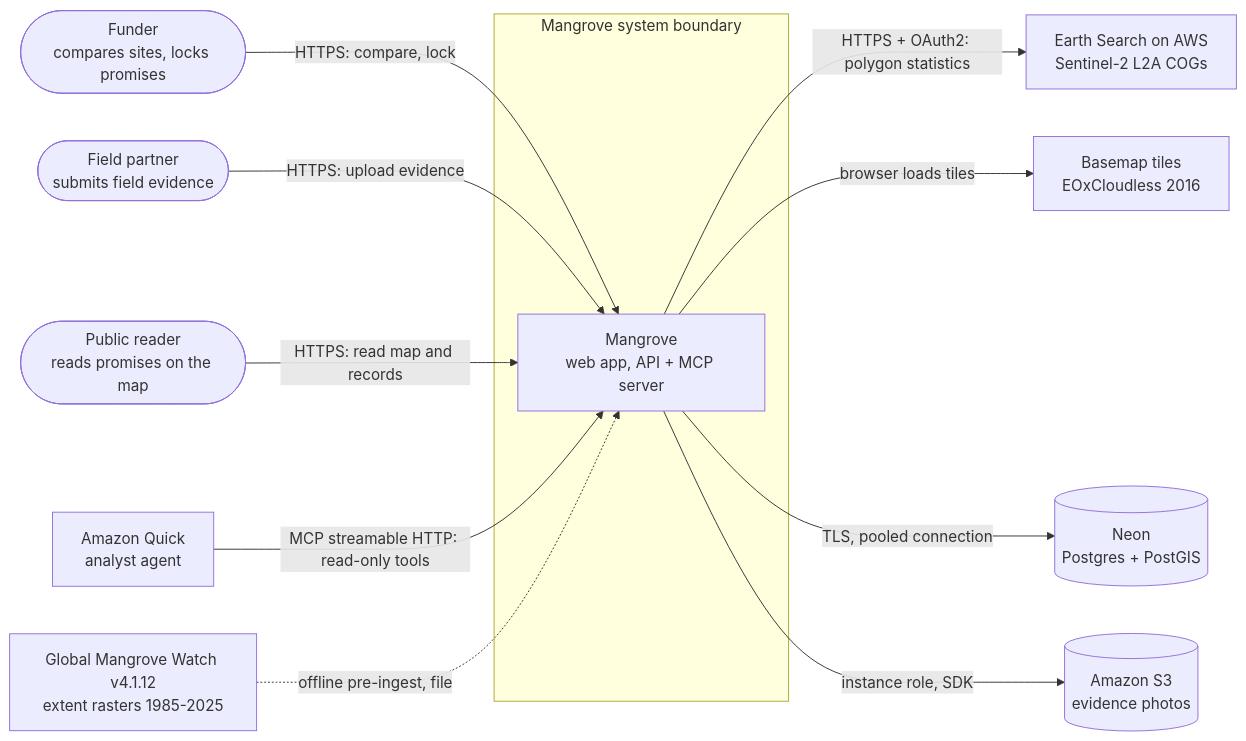
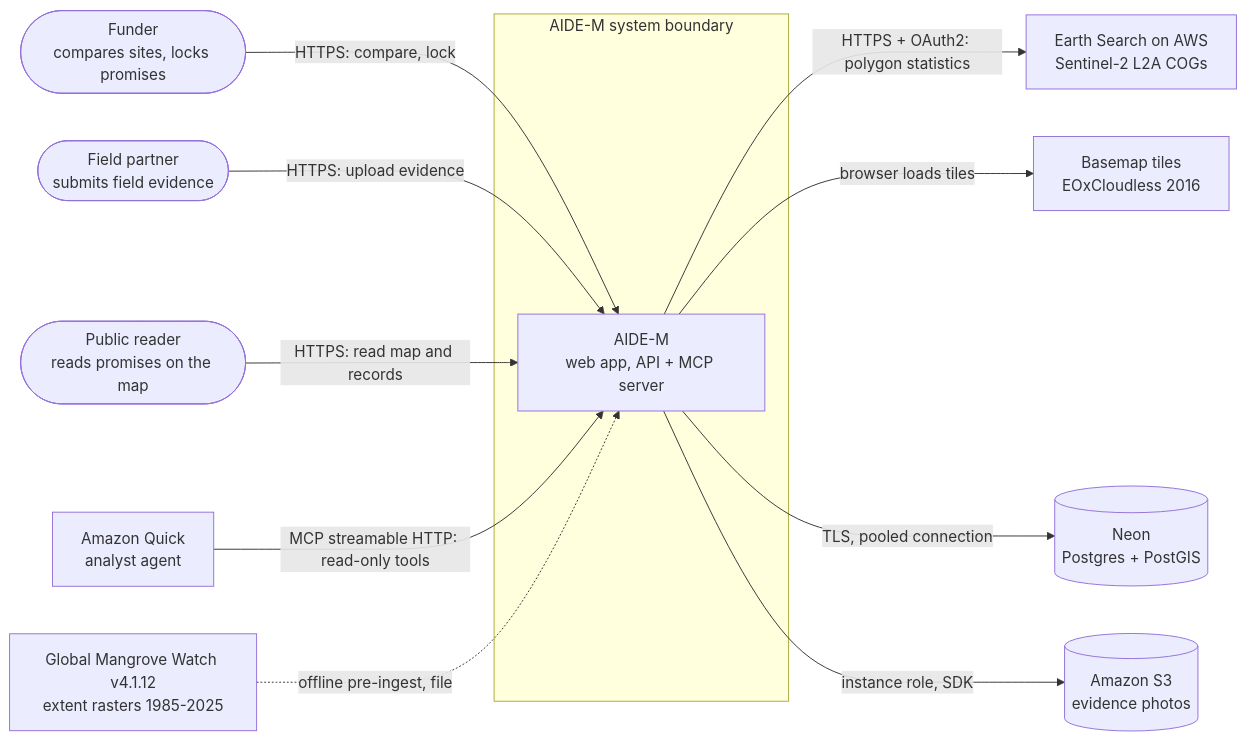
The first of 3 diagrams in docs/system-design.md (DavidBatoDev/mangrove), drawn with Mermaid before and after one commit. The commit also changed other lines of this file and 54 other files, not shown here.

````diff
--- a/docs/system-design.md
+++ b/docs/system-design.md
@@ -17,24 +17,24 @@
 ```mermaid
 flowchart LR
   funder([Funder<br/>compares sites, locks promises])
   partner([Field partner<br/>submits field evidence])
   public([Public reader<br/>reads promises on the map])
   quick[Amazon Quick<br/>analyst agent]
-  subgraph boundary [Mangrove system boundary]
-    mangrove[Mangrove<br/>web app, API + MCP server]
+  subgraph boundary [AIDE-M system boundary]
+    mangrove[AIDE-M<br/>web app, API + MCP server]
   end
   cdse[Earth Search on AWS<br/>Sentinel-2 L2A COGs]
   tiles[Basemap tiles<br/>EOxCloudless 2016]
   neon[(Neon<br/>Postgres + PostGIS)]
   s3[(Amazon S3<br/>evidence photos)]
   gmw[Global Mangrove Watch v4.1.12<br/>extent rasters 1985-2025]
   funder -->|HTTPS: compare, lock| mangrove
   partner -->|HTTPS: upload evidence| mangrove
   public -->|HTTPS: read map and records| mangrove
   quick -->|MCP streamable HTTP: read-only tools| mangrove
   mangrove -->|HTTPS + OAuth2: polygon statistics| cdse
   mangrove -->|browser loads tiles| tiles
   mangrove -->|TLS, pooled connection| neon
   mangrove -->|instance role, SDK| s3
   gmw -.->|offline pre-ingest, file| mangrove
 ```
````
